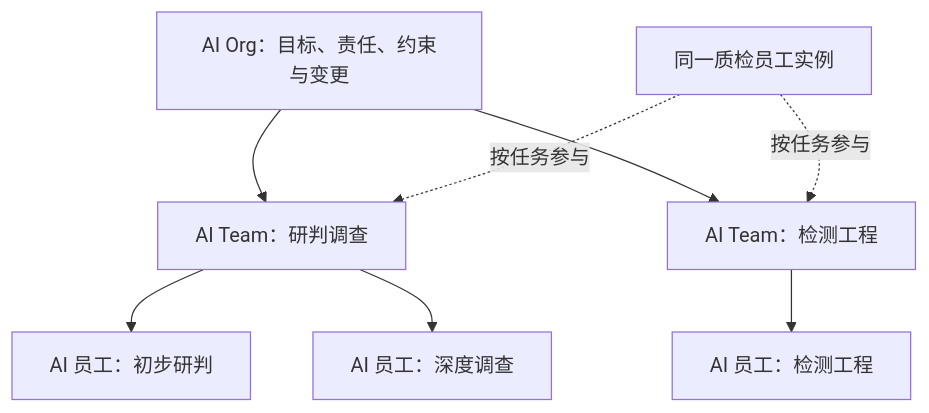
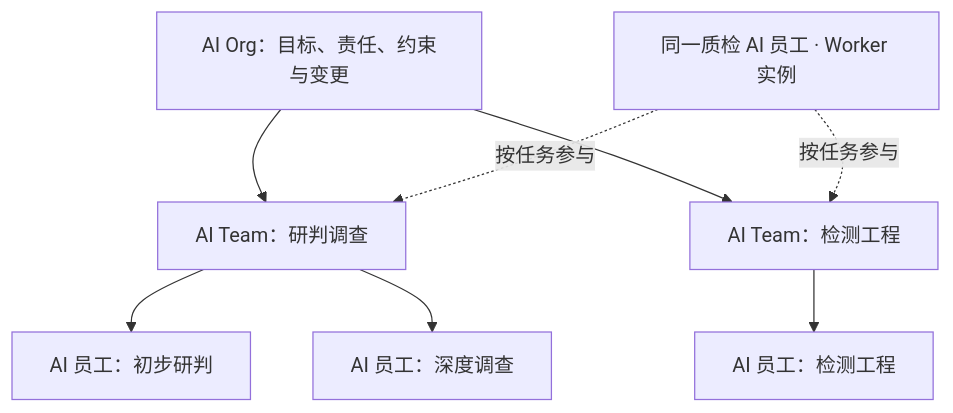
One commit to teloa-ai/ai-worker-standard changed the second of 4 diagrams in spec/core.zh-CN.md. Above: the diagram before and after it, drawn with Mermaid. The commit also changed other lines of this file and 29 other files, not shown here.

Commit message:
docs: connect AI employee product concepts to AI Worker diagrams

````diff
--- a/spec/core.zh-CN.md
+++ b/spec/core.zh-CN.md
@@ -57,10 +61,10 @@
 ```mermaid
 flowchart TB
   O[AI Org：目标、责任、约束与变更] --> T1[AI Team：研判调查]
   O --> T2[AI Team：检测工程]
   T1 --> E1[AI 员工：初步研判]
   T1 --> E2[AI 员工：深度调查]
   T2 --> E3[AI 员工：检测工程]
-  Q[同一质检员工实例] -.按任务参与.-> T1
+  Q[同一质检 AI 员工 · Worker 实例] -.按任务参与.-> T1
   Q -.按任务参与.-> T2
 ```
````
